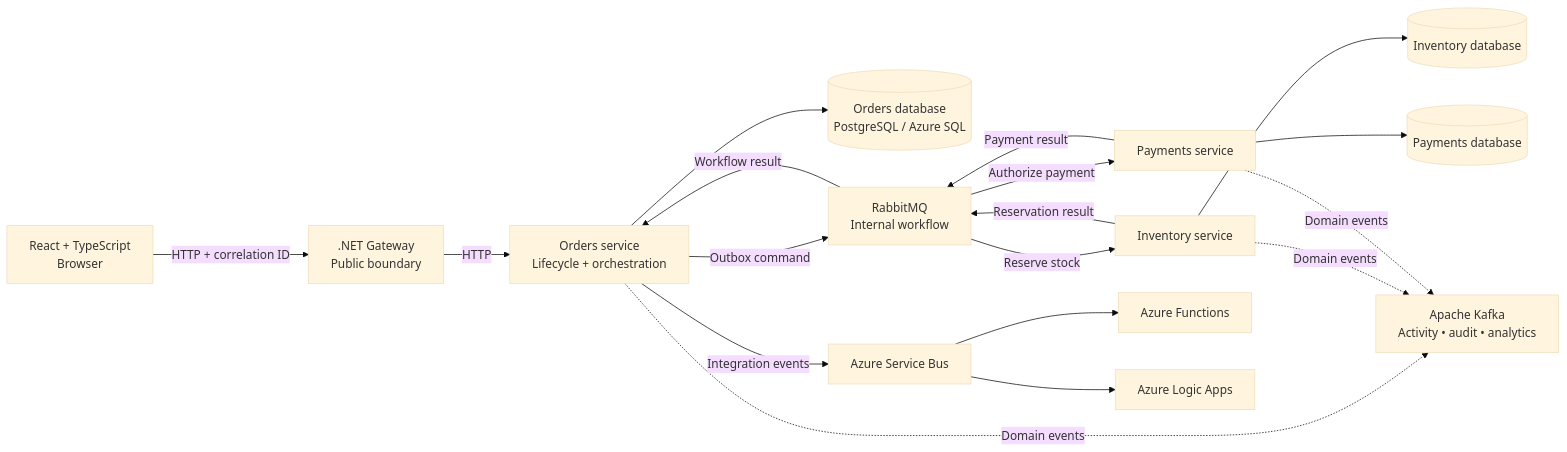
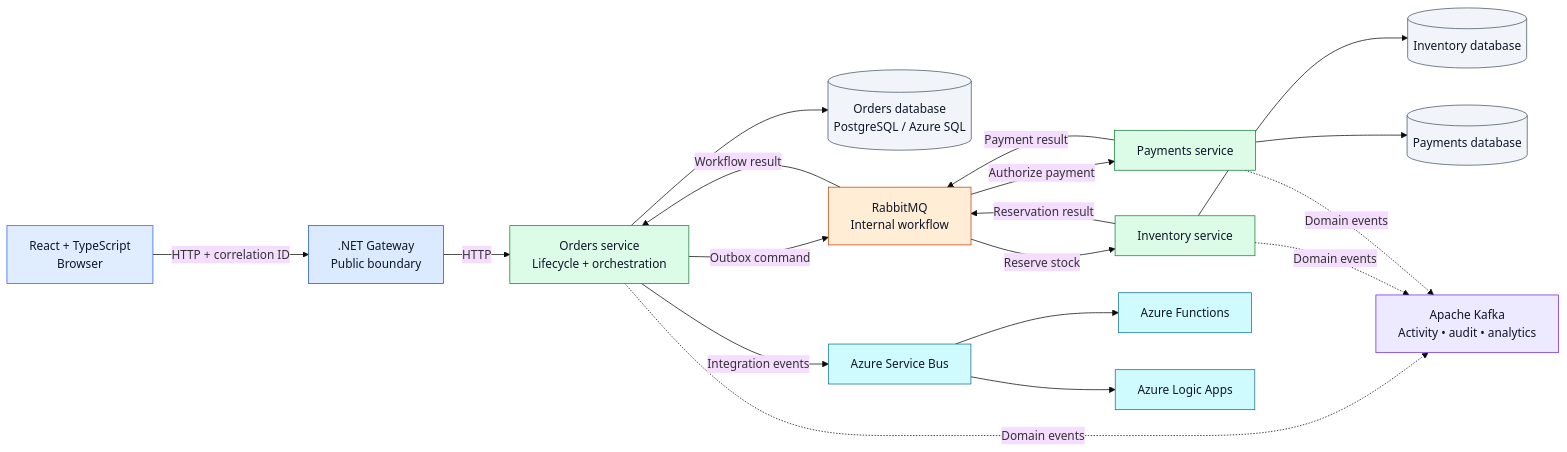
One commit to purlieu-studios/order-forge changed the diagram in README.md. Above: the diagram before and after it, drawn with Mermaid (base theme).

Commit message:
chore: Change visuals on README.md

````diff
--- a/README.md
+++ b/README.md
@@ -11,20 +11,36 @@
 ```mermaid
 flowchart LR
     Client["React + TypeScript<br/>Browser"] -->|HTTP + correlation ID| Gateway[".NET Gateway<br/>Public boundary"]
     Gateway -->|HTTP| Orders["Orders service<br/>Lifecycle + orchestration"]
     Orders --> OrdersDb[("Orders database<br/>PostgreSQL / Azure SQL")]
     Orders -->|Outbox command| Rabbit["RabbitMQ<br/>Internal workflow"]
     Rabbit -->|Reserve stock| Inventory["Inventory service"]
     Rabbit -->|Authorize payment| Payments["Payments service"]
     Inventory --> InventoryDb[("Inventory database")]
     Payments --> PaymentsDb[("Payments database")]
     Inventory -->|Reservation result| Rabbit
     Payments -->|Payment result| Rabbit
     Rabbit -->|Workflow result| Orders
     Orders -->|Integration events| ServiceBus["Azure Service Bus"]
     ServiceBus --> Functions["Azure Functions"]
     ServiceBus --> LogicApps["Azure Logic Apps"]
     Orders -.->|Domain events| Kafka["Apache Kafka<br/>Activity • audit • analytics"]
     Inventory -.->|Domain events| Kafka
     Payments -.->|Domain events| Kafka
+
+    classDef client fill:#e0ecff,stroke:#2563eb,color:#0f172a;
+    classDef boundary fill:#dbeafe,stroke:#1d4ed8,color:#0f172a;
+    classDef service fill:#dcfce7,stroke:#15803d,color:#0f172a;
+    classDef database fill:#f1f5f9,stroke:#475569,color:#0f172a;
+    classDef messaging fill:#ffedd5,stroke:#c2410c,color:#0f172a;
+    classDef cloud fill:#cffafe,stroke:#0e7490,color:#0f172a;
+    classDef stream fill:#ede9fe,stroke:#6d28d9,color:#0f172a;
+
+    class Client client;
+    class Gateway boundary;
+    class Orders,Inventory,Payments service;
+    class OrdersDb,InventoryDb,PaymentsDb database;
+    class Rabbit messaging;
+    class ServiceBus,Functions,LogicApps cloud;
+    class Kafka stream;
 ```
````
